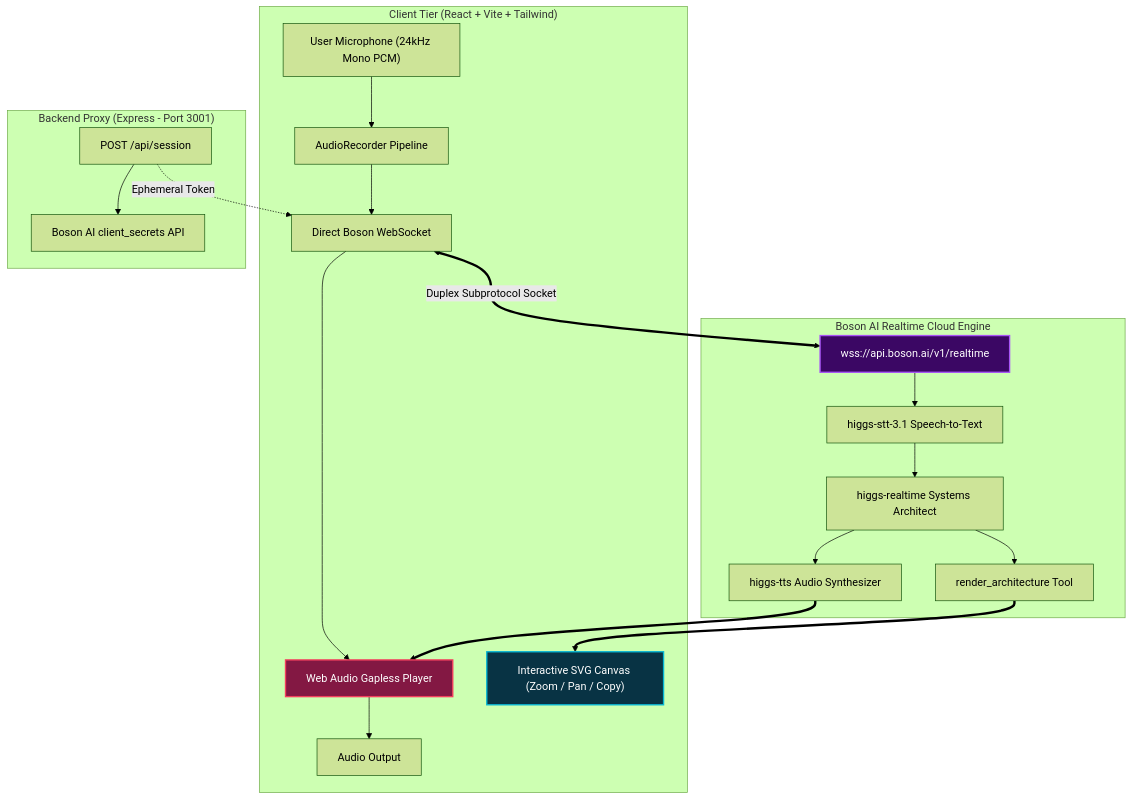
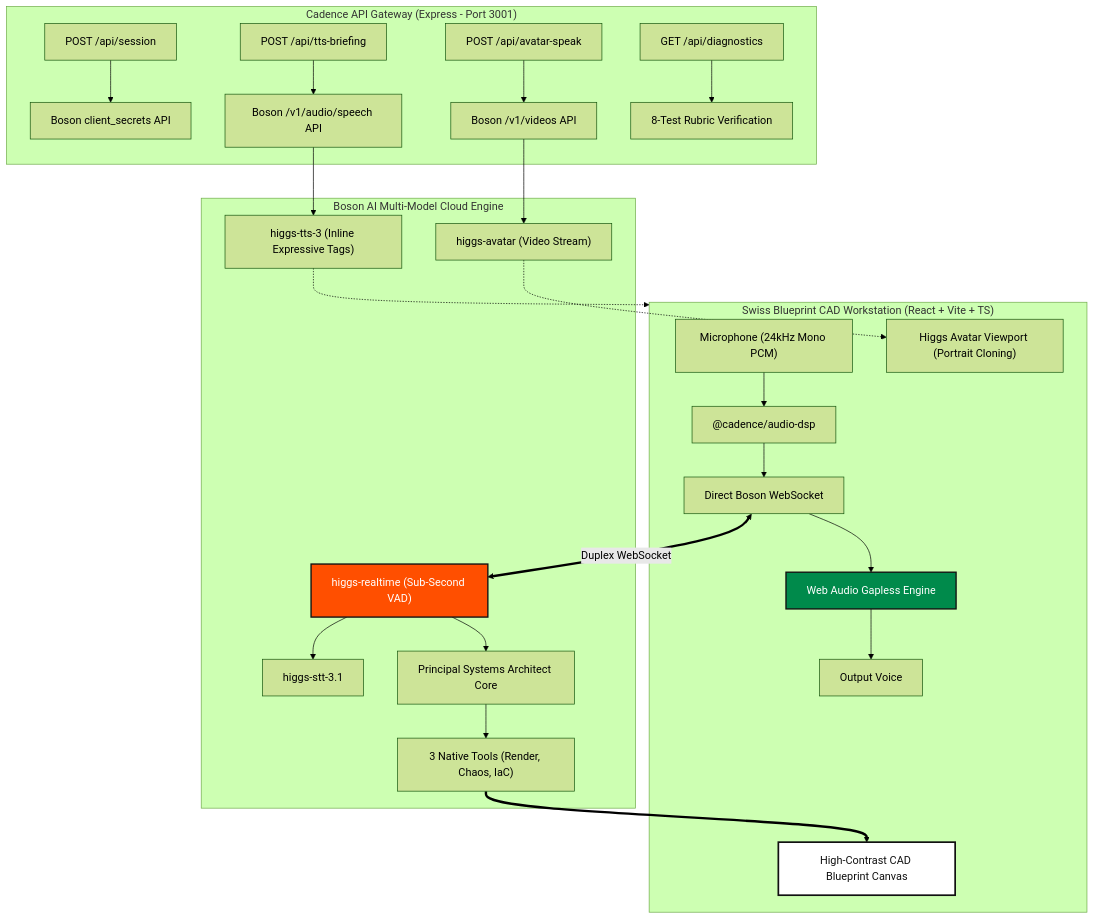
One commit to PeterYousefi/Cadence changed the diagram in README.md. Above: the diagram before and after it, drawn with Mermaid (forest theme). The commit also changed other lines of this file, not shown here.

Commit message:
docs: enrich README with Triple-Model architecture diagram, Swiss CAD specifications, and setup instructions

````diff
--- a/README.md
+++ b/README.md
@@ -9,30 +10,35 @@
 ```mermaid
 graph TD
-  subgraph Client ["Client Tier (React + Vite + Tailwind)"]
-    Mic["User Microphone (24kHz Mono PCM)"] --> AudioRecorder["AudioRecorder Pipeline"]
-    AudioRecorder --> BrowserWS["Direct Boson WebSocket"]
-    BrowserWS --> AudioPlayer["Web Audio Gapless Player"]
-    AudioPlayer --> Speakers["Audio Output"]
-    MermaidCanvas["Interactive SVG Canvas (Zoom / Pan / Copy)"]
+  subgraph UserInterface ["Swiss Blueprint CAD Workstation (React + Vite + TS)"]
+    Mic["Microphone (24kHz Mono PCM)"] --> AudioDSP["@cadence/audio-dsp"]
+    AudioDSP --> BrowserSocket["Direct Boson WebSocket"]
+    BrowserSocket --> AudioPlayer["Web Audio Gapless Engine"]
+    AudioPlayer --> Speakers["Output Voice"]
+    AvatarViewport["Higgs Avatar Viewport (Portrait Cloning)"]
+    CADCanvas["High-Contrast CAD Blueprint Canvas"]
   end
 
-  subgraph ServerProxy ["Backend Proxy (Express - Port 3001)"]
-    TokenRoute["POST /api/session"] --> BosonSecretsAPI["Boson AI client_secrets API"]
-    TokenRoute -. Ephemeral Token .-> BrowserWS
+  subgraph GatewayProxy ["Cadence API Gateway (Express - Port 3001)"]
+    TokenRoute["POST /api/session"] --> BosonSecrets["Boson client_secrets API"]
+    TTSRoute["POST /api/tts-briefing"] --> BosonTTS["Boson /v1/audio/speech API"]
+    AvatarRoute["POST /api/avatar-speak"] --> BosonAvatar["Boson /v1/videos API"]
+    DiagRoute["GET /api/diagnostics"] --> QAEngine["8-Test Rubric Verification"]
   end
 
-  subgraph BosonEngine ["Boson AI Realtime Cloud Engine"]
-    BrowserWS <== Duplex Subprotocol Socket ==> BosonEndpoint["wss://api.boson.ai/v1/realtime"]
-    BosonEndpoint --> HiggsSTT["higgs-stt-3.1 Speech-to-Text"]
-    HiggsSTT --> HiggsCore["higgs-realtime Systems Architect"]
-    HiggsCore --> ToolCaller["render_architecture Tool"]
-    HiggsCore --> HiggsTTS["higgs-tts Audio Synthesizer"]
-    HiggsTTS ==> AudioPlayer
+  subgraph BosonAICloud ["Boson AI Multi-Model Cloud Engine"]
+    BrowserSocket <== Duplex WebSocket ==> HiggsRealtime["higgs-realtime (Sub-Second VAD)"]
+    HiggsRealtime --> STT["higgs-stt-3.1"]
+    HiggsRealtime --> CoreArchitect["Principal Systems Architect Core"]
+    CoreArchitect --> ToolDispatcher["3 Native Tools (Render, Chaos, IaC)"]
+    BosonAvatar --> HiggsAvatarModel["higgs-avatar (Video Stream)"]
+    BosonTTS --> HiggsTTS3Model["higgs-tts-3 (Inline Expressive Tags)"]
   end
 
-  ToolCaller ==> MermaidCanvas
+  ToolDispatcher ==> CADCanvas
+  HiggsAvatarModel -.-> AvatarViewport
+  HiggsTTS3Model -.-> UserInterface
 
-  style BosonEndpoint fill:#3b0764,stroke:#a855f7,stroke-width:2px,color:#fff
-  style MermaidCanvas fill:#083344,stroke:#06b6d4,stroke-width:2px,color:#fff
-  style AudioPlayer fill:#831843,stroke:#f43f5e,stroke-width:2px,color:#fff
+  style HiggsRealtime fill:#FF4F00,stroke:#111111,stroke-width:2px,color:#fff
+  style CADCanvas fill:#FFFFFF,stroke:#111111,stroke-width:2.5px,color:#111
+  style AudioPlayer fill:#008A4B,stroke:#111111,stroke-width:2px,color:#fff
 ```
````
